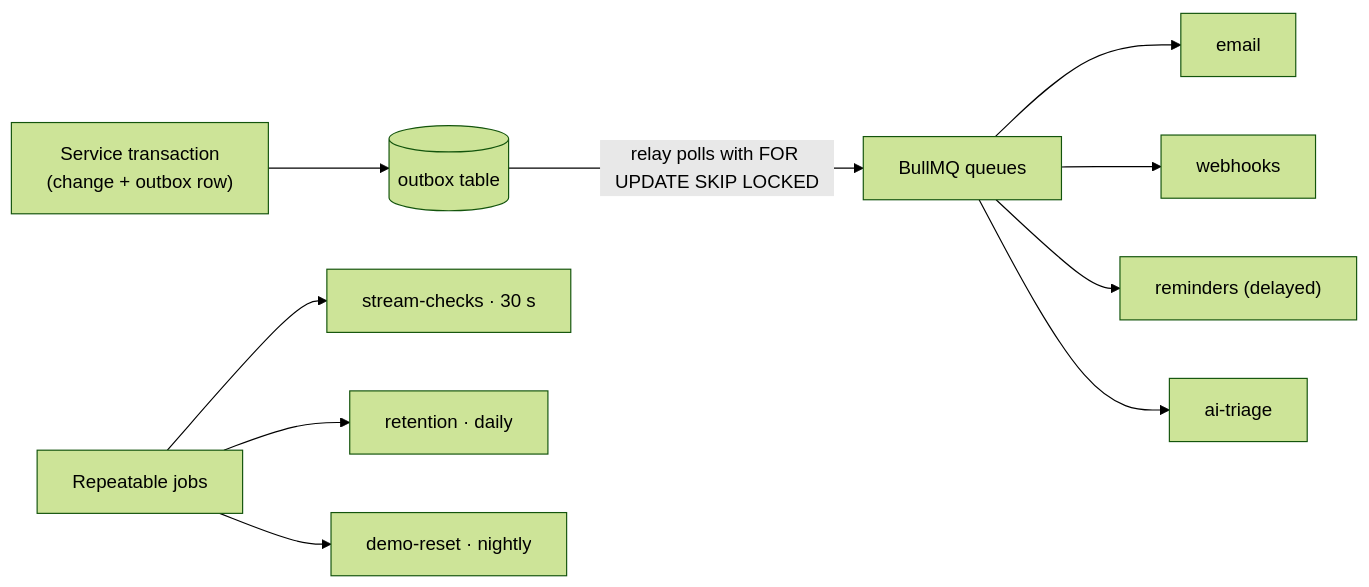
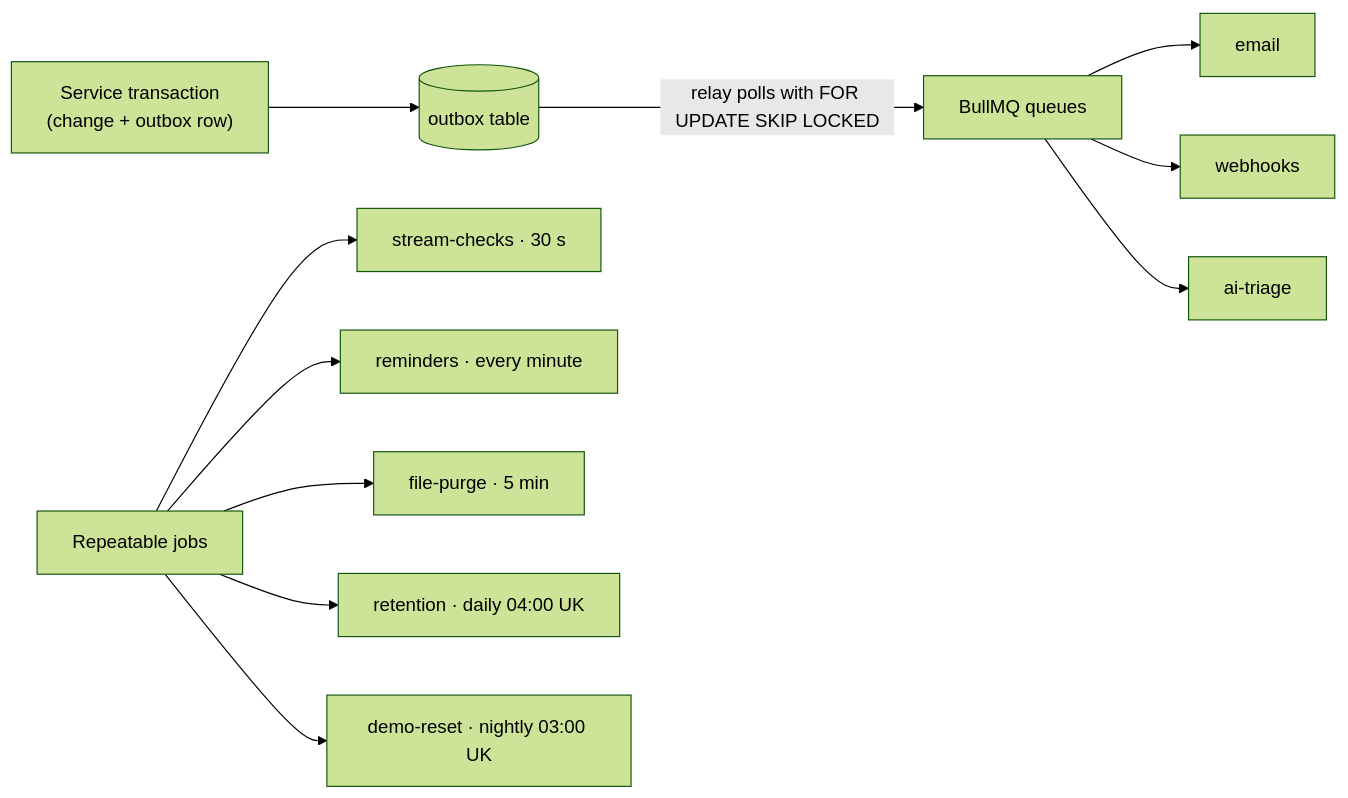
One commit to zhanru-dev/GoLiveBoard changed the fifth of 6 diagrams in docs/02-architecture.md. Above: the diagram before and after it, drawn with Mermaid (forest theme). The commit also changed other lines of this file and 16 other files, not shown here.

First line of the commit message:
feat(worker): reminders and the daily retention job (M5, batch 4)

````diff
--- a/docs/02-architecture.md
+++ b/docs/02-architecture.md
@@ -224,12 +224,13 @@
 ```mermaid
 flowchart LR
   tx["Service transaction<br/>(change + outbox row)"] --> outbox[("outbox table")]
   outbox -->|"relay polls with FOR UPDATE SKIP LOCKED"| q["BullMQ queues"]
   q --> email["email"]
   q --> wh["webhooks"]
-  q --> rem["reminders (delayed)"]
   q --> triage["ai-triage"]
   sched["Repeatable jobs"] --> sc["stream-checks · 30 s"]
-  sched --> ret["retention · daily"]
-  sched --> demo["demo-reset · nightly"]
+  sched --> rem["reminders · every minute"]
+  sched --> purge["file-purge · 5 min"]
+  sched --> ret["retention · daily 04:00 UK"]
+  sched --> demo["demo-reset · nightly 03:00 UK"]
 ```
````
